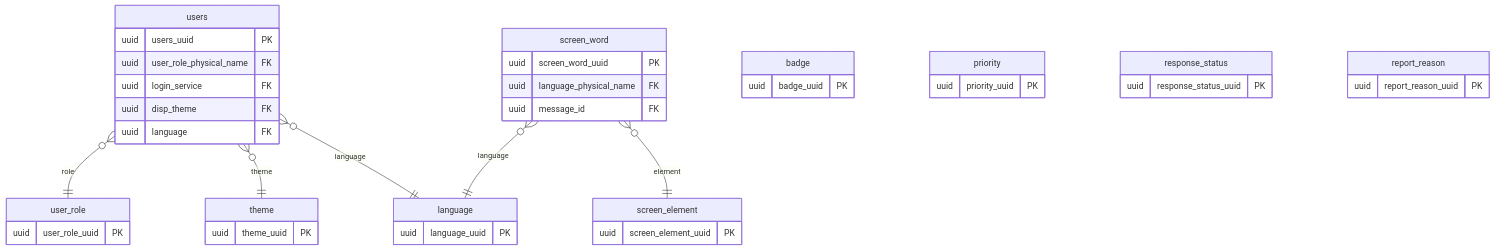
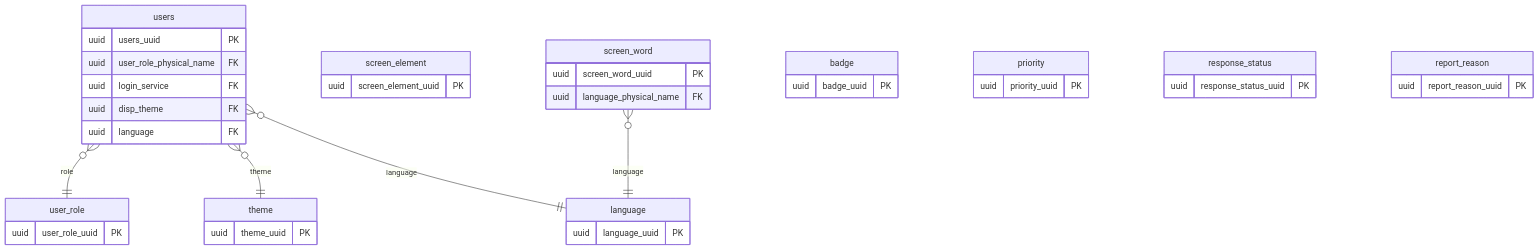
Before and after one commit to Soranoana/VtuberMeikan: the fourth of 5 diagrams in .design/DB/DB設計_ER図.md, drawn with Mermaid. The commit also changed 2 other files, not shown here.

Commit message:
screen_wordのmessage_idのFK指定を削除。マスタデータの準備を開始

````diff
--- a/.design/DB/DB設計_ER図.md
+++ b/.design/DB/DB設計_ER図.md
@@ -145,46 +145,44 @@
 ```mermaid
 erDiagram
     users {
         uuid users_uuid PK
         uuid user_role_physical_name FK
         uuid login_service FK
         uuid disp_theme FK
         uuid language FK
     }
     user_role {
         uuid user_role_uuid PK
     }
     theme {
         uuid theme_uuid PK
     }
     language {
         uuid language_uuid PK
     }
     screen_element {
         uuid screen_element_uuid PK
     }
     screen_word {
         uuid screen_word_uuid PK
         uuid language_physical_name FK
-        uuid message_id FK
     }
     badge {
         uuid badge_uuid PK
     }
     priority {
         uuid priority_uuid PK
     }
     response_status {
         uuid response_status_uuid PK
     }
     report_reason {
         uuid report_reason_uuid PK
     }
 
     users }o--|| user_role : role
     users }o--|| theme : theme
     users }o--|| language : language
 
     screen_word }o--|| language : language
-    screen_word }o--|| screen_element : element
 ```
````
